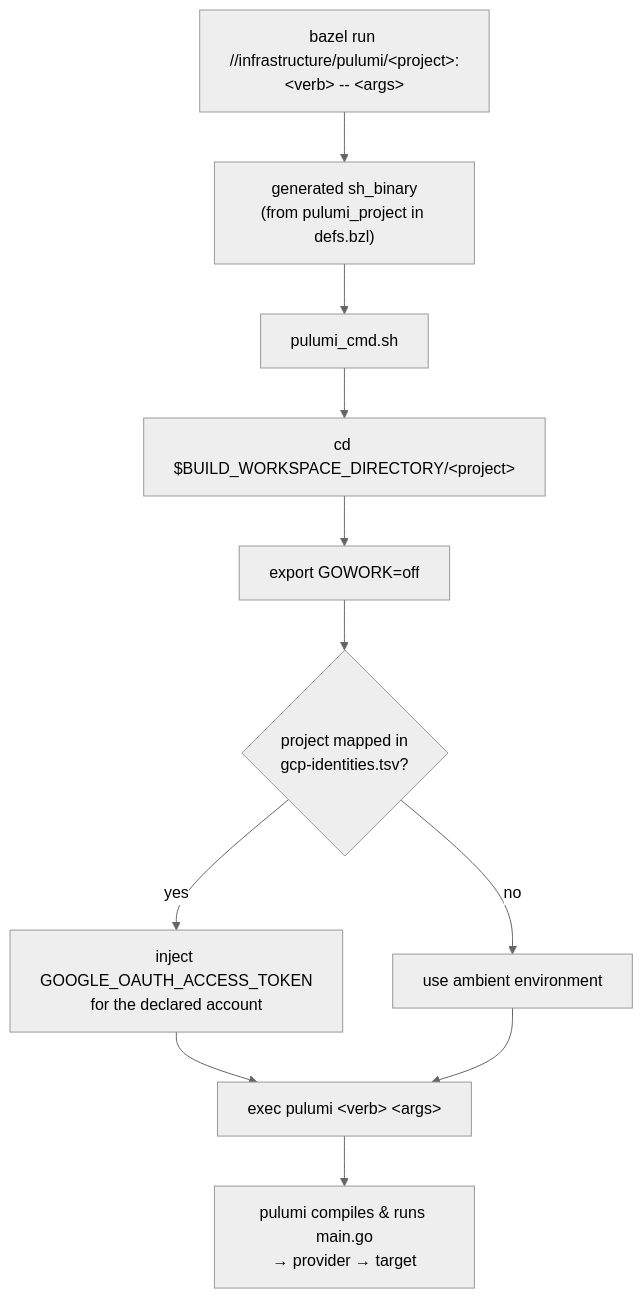
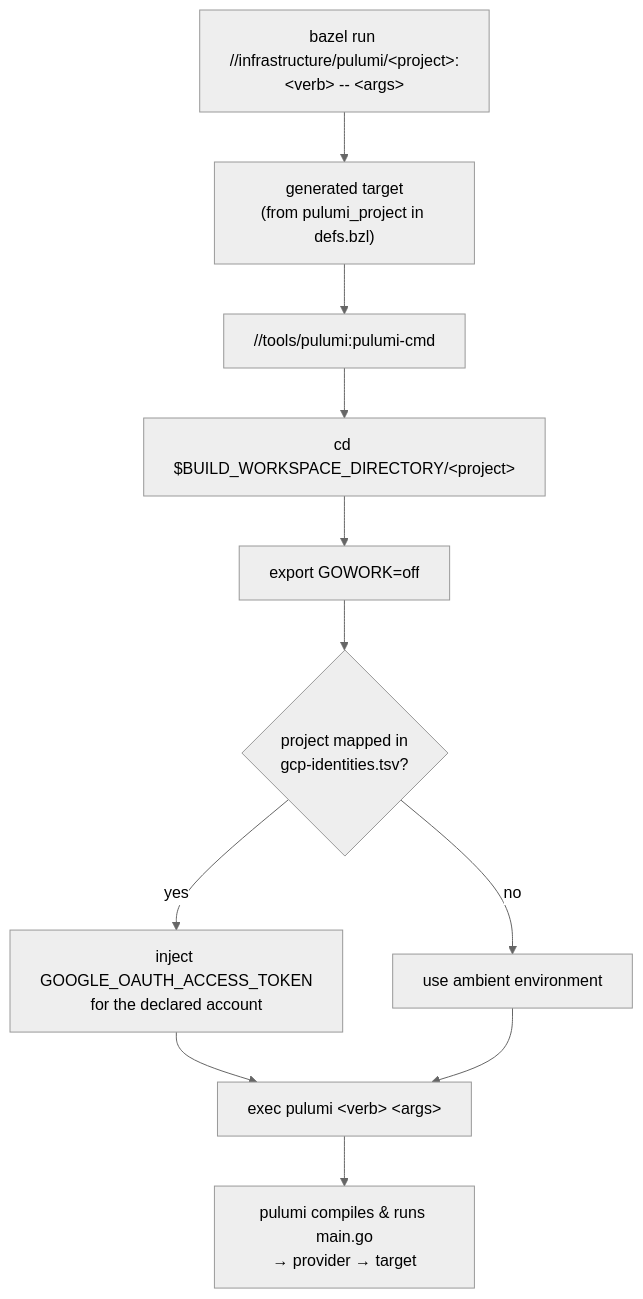
The second of 7 diagrams in docs/infrastructure/architecture.md (VitruvianSoftware/vitruvian-core), drawn with Mermaid (neutral theme) before and after one commit. The commit also changed other lines of this file and 47 other files, not shown here.

````diff
--- a/docs/infrastructure/architecture.md
+++ b/docs/infrastructure/architecture.md
@@ -48,13 +48,13 @@
 ```mermaid
 flowchart TB
-    A["bazel run //infrastructure/pulumi/&lt;project&gt;:&lt;verb&gt; -- &lt;args&gt;"] --> B["generated sh_binary<br/>(from pulumi_project in defs.bzl)"]
-    B --> C["pulumi_cmd.sh"]
+    A["bazel run //infrastructure/pulumi/&lt;project&gt;:&lt;verb&gt; -- &lt;args&gt;"] --> B["generated target<br/>(from pulumi_project in defs.bzl)"]
+    B --> C["//tools/pulumi:pulumi-cmd"]
     C --> D["cd $BUILD_WORKSPACE_DIRECTORY/&lt;project&gt;"]
     D --> E["export GOWORK=off"]
     E --> F{"project mapped in<br/>gcp-identities.tsv?"}
     F -->|yes| G["inject GOOGLE_OAUTH_ACCESS_TOKEN<br/>for the declared account"]
     F -->|no| H["use ambient environment"]
     G --> I["exec pulumi &lt;verb&gt; &lt;args&gt;"]
     H --> I
     I --> J["pulumi compiles &amp; runs main.go<br/>→ provider → target"]
 ```
````
